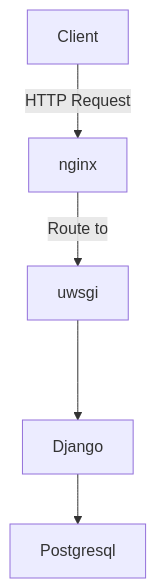
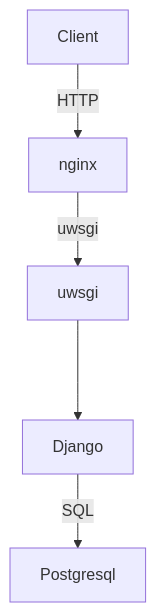
One commit to TUB-DVG/wissen-digital-ewb changed the third of 4 diagrams in webcentral/doc/06_sphinx/source/general/basic_structure.md. Above: the diagram before and after it, drawn with Mermaid. The commit also changed other lines of this file and 1 other file, not shown here.

````diff
--- a/webcentral/doc/06_sphinx/source/general/basic_structure.md
+++ b/webcentral/doc/06_sphinx/source/general/basic_structure.md
@@ -21,7 +25,7 @@
 ```{mermaid}
 flowchart TD
-    Client[Client] -->|HTTP Request| nginx
-    nginx -->|Route to| uwsgi
+    Client[Client] -->|HTTP| nginx
+    nginx -->|uwsgi| uwsgi
     uwsgi ---> Django
-    Django --> Postgresql
+    Django -->|SQL| Postgresql
 ```
````
